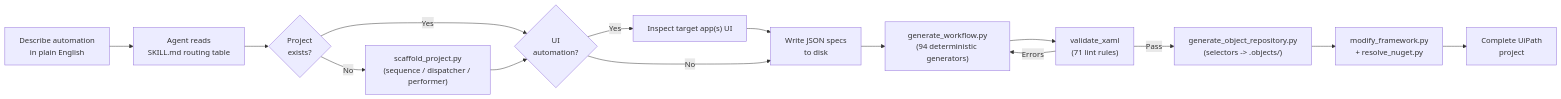
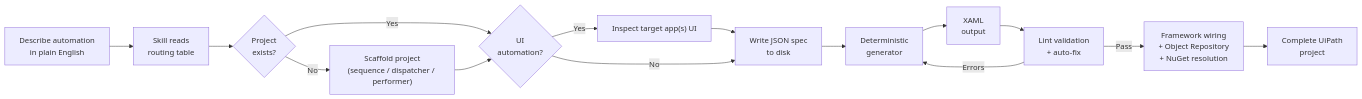
The diagram in README.md (Hallukardy/uipath-ai-skills), drawn with Mermaid before and after one commit. The commit also changed other lines of this file and 2 other files, not shown here.

````diff
--- a/README.md
+++ b/README.md
@@ -33,17 +134,17 @@
 ```mermaid
 flowchart LR
-    A["Describe automation\nin plain English"] --> B["Agent reads\nSKILL.md routing table"]
-    B --> C{"Project\nexists?"}
-    C -->|No| D["scaffold_project.py\n(sequence / dispatcher / performer)"]
-    C -->|Yes| U{"UI\nautomation?"}
+    A["Describe automation<br/>in plain English"] --> B["Skill reads<br/>routing table"]
+    B --> C{"Project<br/>exists?"}
+    C -->|No| D["Scaffold project<br/>(sequence / dispatcher / performer)"]
+    C -->|Yes| U{"UI<br/>automation?"}
     D --> U
     U -->|Yes| E["Inspect target app(s) UI"]
-    E --> F["Write JSON specs\nto disk"]
+    E --> F["Write JSON spec<br/>to disk"]
     U -->|No| F
-    F --> G["generate_workflow.py\n(94 deterministic generators)"]
-    G --> H["validate_xaml\n(71 lint rules)"]
-    H -->|Errors| G
-    H -->|Pass| I["generate_object_repository.py\n(selectors -> .objects/)"]
-    I --> K["modify_framework.py\n+ resolve_nuget.py"]
-    K --> J["Complete UiPath\nproject"]
+    F --> G["Deterministic<br/>generator"]
+    G --> H["XAML<br/>output"]
+    H --> V["Lint validation<br/>+ auto-fix"]
+    V -->|Errors| G
+    V -->|Pass| K["Framework wiring<br/>+ Object Repository<br/>+ NuGet resolution"]
+    K --> J["Complete UiPath<br/>project"]
 ```
````
